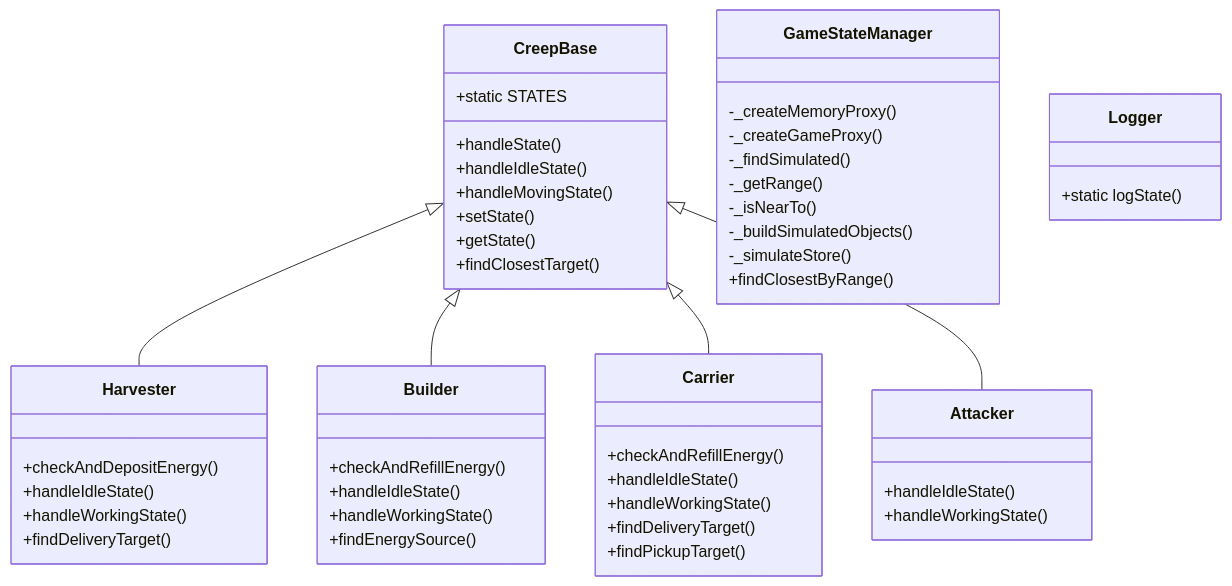
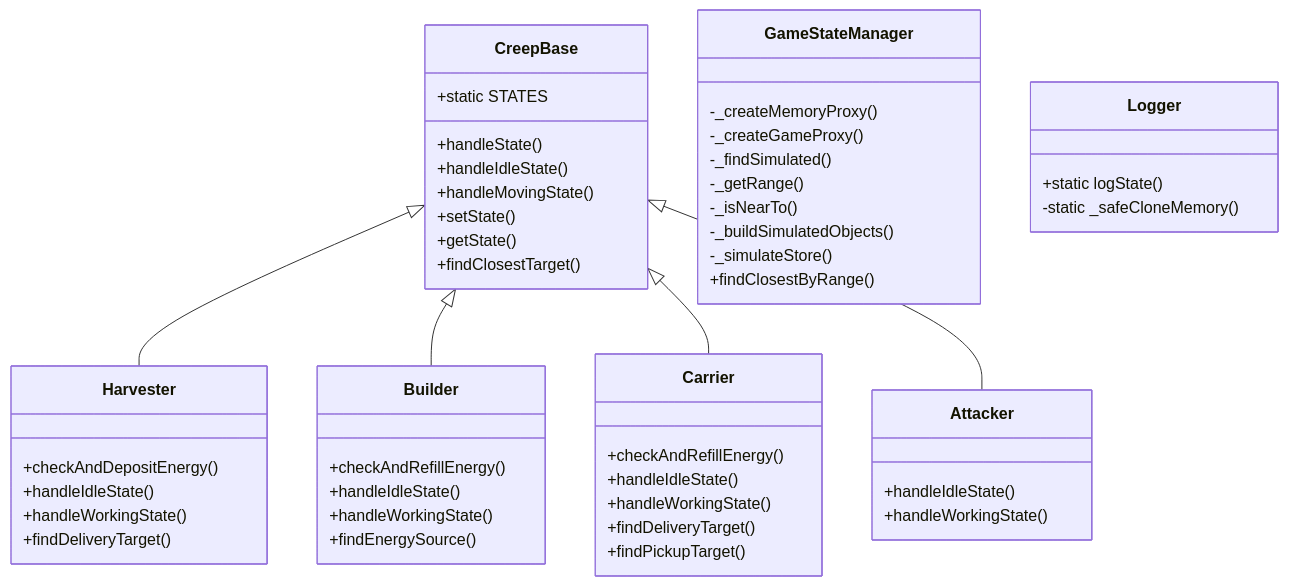
Before and after one commit to ekolvah/screeps: the diagram in architecture.md, drawn with Mermaid. The commit also changed other lines of this file, not shown here.

Commit message:
docs: update architecture documentation [skip ci]

````diff
--- a/architecture.md
+++ b/architecture.md
@@ -9,52 +9,53 @@
 ```mermaid
 classDiagram
     CreepBase <|-- Harvester
     CreepBase <|-- Builder
     CreepBase <|-- Carrier
     CreepBase <|-- Attacker
     class GameStateManager {
         -_createMemoryProxy()
         -_createGameProxy()
         -_findSimulated()
         -_getRange()
         -_isNearTo()
         -_buildSimulatedObjects()
         -_simulateStore()
         +findClosestByRange()
     }
     class CreepBase {
         +static STATES
         +handleState()
         +handleIdleState()
         +handleMovingState()
         +setState()
         +getState()
         +findClosestTarget()
     }
     class Harvester {
         +checkAndDepositEnergy()
         +handleIdleState()
         +handleWorkingState()
         +findDeliveryTarget()
     }
     class Builder {
         +checkAndRefillEnergy()
         +handleIdleState()
         +handleWorkingState()
         +findEnergySource()
     }
     class Carrier {
         +checkAndRefillEnergy()
         +handleIdleState()
         +handleWorkingState()
         +findDeliveryTarget()
         +findPickupTarget()
     }
     class Attacker {
         +handleIdleState()
         +handleWorkingState()
     }
     class Logger {
         +static logState()
+        -static _safeCloneMemory()
     }
 ```
````
